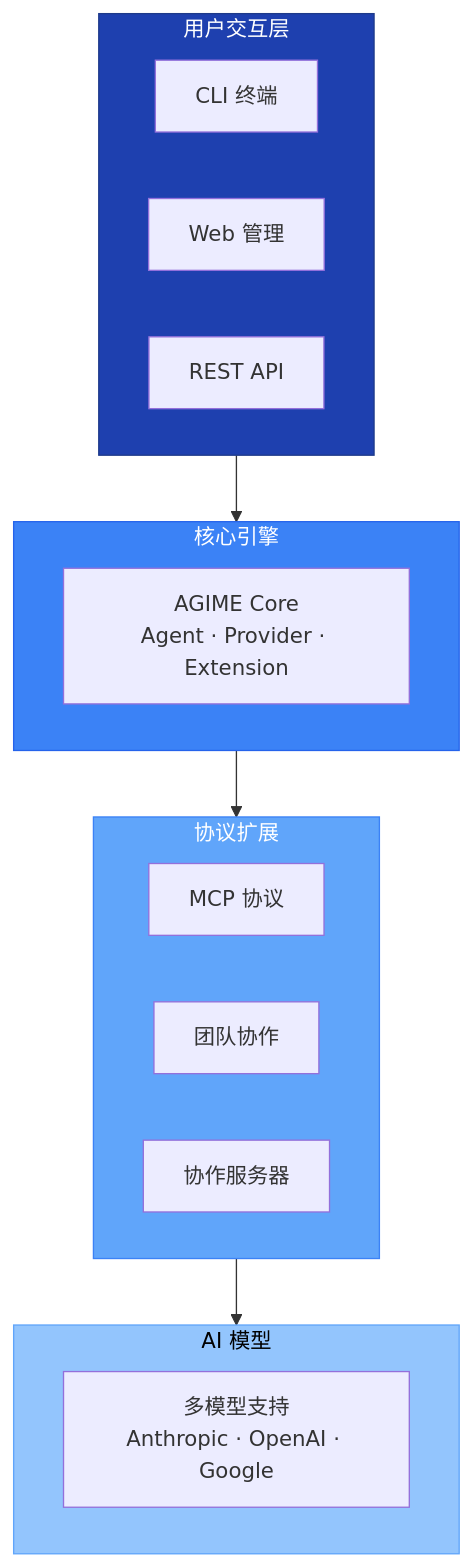
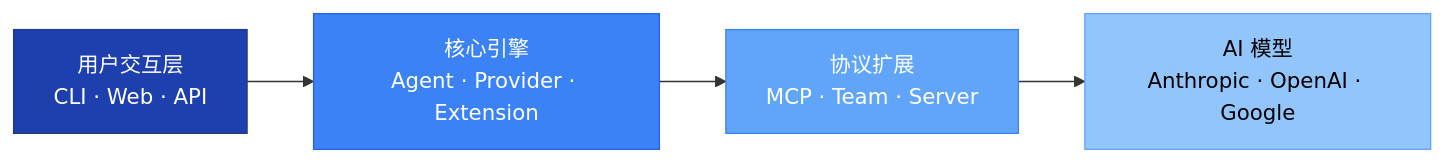
Before and after one commit to jsjm1986/AGIME: the first of 6 diagrams in docs/ARCHITECTURE.md, drawn with Mermaid. The commit also changed 19 other files, not shown here.

Commit message:
team-server: enforce skill allowlists and avatar ui updates

````diff
--- a/docs/ARCHITECTURE.md
+++ b/docs/ARCHITECTURE.md
@@ -11,31 +11,14 @@
 ```mermaid
-graph TB
-    subgraph UI["用户交互层"]
-        CLI[CLI 终端]
-        Web[Web 管理]
-        API[REST API]
-    end
+graph LR
+    UI["用户交互层<br/>CLI · Web · API"]
+    Core["核心引擎<br/>Agent · Provider · Extension"]
+    Protocol["协议扩展<br/>MCP · Team · Server"]
+    Provider["AI 模型<br/>Anthropic · OpenAI · Google"]
 
-    subgraph Core["核心引擎"]
-        Engine[AGIME Core<br/>Agent · Provider · Extension]
-    end
-
-    subgraph Protocol["协议扩展"]
-        MCP[MCP 协议]
-        Team[团队协作]
-        Server[协作服务器]
-    end
-
-    subgraph Provider["AI 模型"]
-        LLM[多模型支持<br/>Anthropic · OpenAI · Google]
-    end
-
-    UI --> Core
-    Core --> Protocol
-    Protocol --> Provider
+    UI --> Core --> Protocol --> Provider
 
     style UI fill:#1e40af,stroke:#1e3a8a,color:#ffffff
     style Core fill:#3b82f6,stroke:#2563eb,color:#ffffff
     style Protocol fill:#60a5fa,stroke:#3b82f6,color:#ffffff
     style Provider fill:#93c5fd,stroke:#60a5fa,color:#000000
 ```
````
